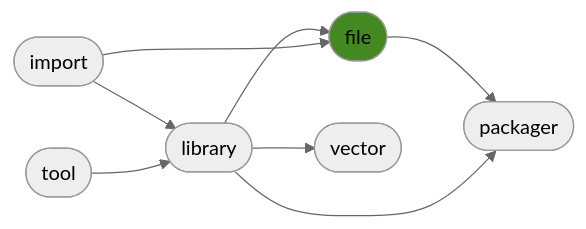
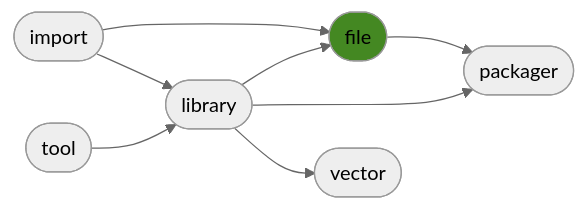
One commit to ManderaGeneral/generalfile changed the diagram in README.md. Above: the diagram before and after it, drawn with Mermaid (neutral theme). The commit also changed other lines of this file, not shown here.

````diff
--- a/README.md
+++ b/README.md
@@ -24,17 +24,17 @@
 ```mermaid
 flowchart LR
-3([file]) --> 5([packager])
-0([import]) --> 2([library])
+0([import]) --> 3([file])
 2([library]) --> 3([file])
 2([library]) --> 5([packager])
+0([import]) --> 2([library])
+1([tool]) --> 2([library])
+3([file]) --> 5([packager])
 2([library]) --> 4([vector])
-0([import]) --> 3([file])
-1([tool]) --> 2([library])
 click 0 "https://github.com/ManderaGeneral/generalimport"
 click 1 "https://github.com/ManderaGeneral/generaltool"
 click 2 "https://github.com/ManderaGeneral/generallibrary"
 click 3 "https://github.com/ManderaGeneral/generalfile"
 click 4 "https://github.com/ManderaGeneral/generalvector"
 click 5 "https://github.com/ManderaGeneral/generalpackager"
 style 3 fill:#482
 ```
````
